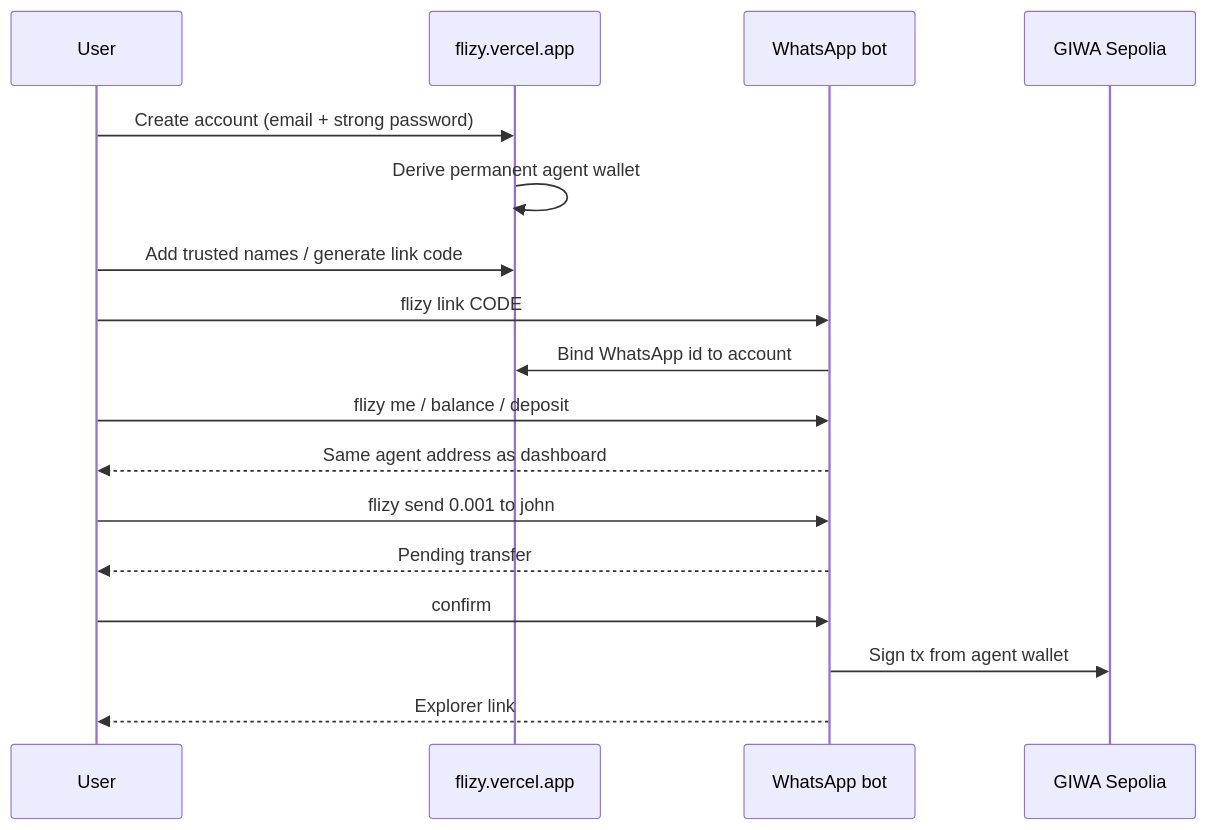
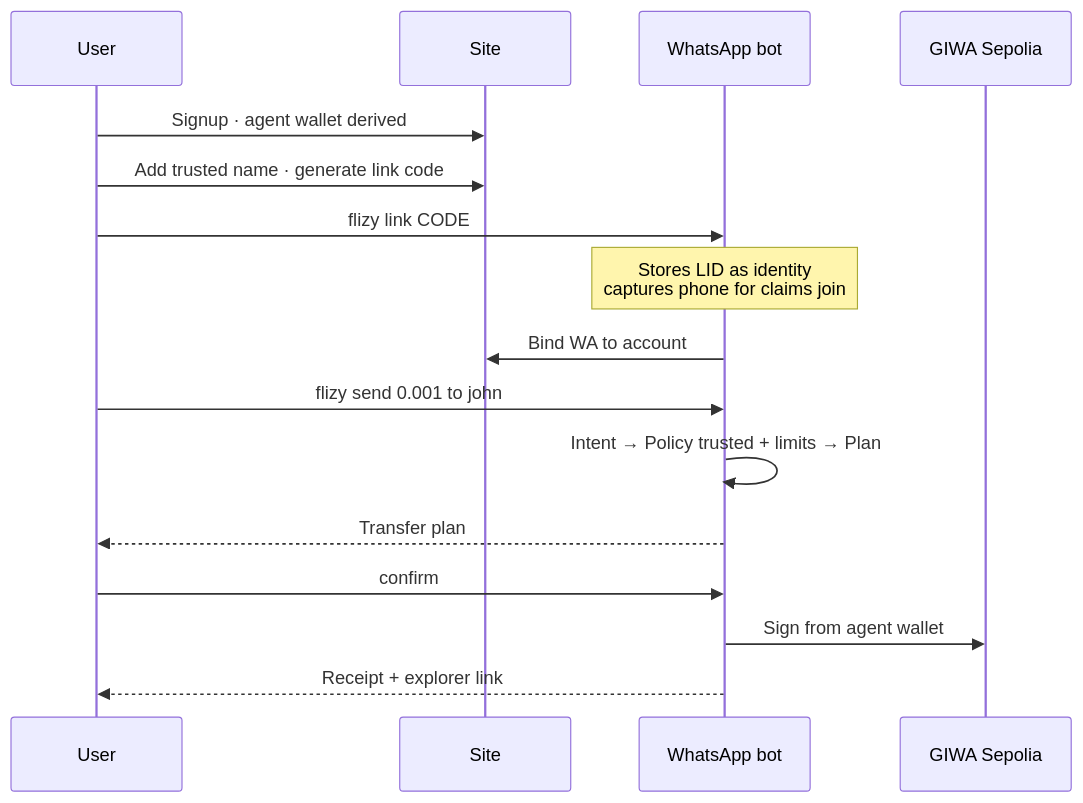
Before and after one commit to rudazy/flizy: the second of 5 diagrams in README.md, drawn with Mermaid. The commit also changed other lines of this file, not shown here.

````diff
--- a/README.md
+++ b/README.md
@@ -68,20 +147,19 @@
 ```mermaid
 sequenceDiagram
   participant U as User
-  participant Site as flizy.vercel.app
+  participant Site as Site
   participant Bot as WhatsApp bot
   participant Chain as GIWA Sepolia
 
-  U->>Site: Create account (email + strong password)
-  Site->>Site: Derive permanent agent wallet
-  U->>Site: Add trusted names / generate link code
+  U->>Site: Signup · agent wallet derived
+  U->>Site: Add trusted name · generate link code
   U->>Bot: flizy link CODE
-  Bot->>Site: Bind WhatsApp id to account
-  U->>Bot: flizy me / balance / deposit
-  Bot-->>U: Same agent address as dashboard
+  Note over Bot: Stores LID as identity<br/>captures phone for claims join
+  Bot->>Site: Bind WA to account
   U->>Bot: flizy send 0.001 to john
-  Bot-->>U: Pending transfer
+  Bot->>Bot: Intent → Policy trusted + limits → Plan
+  Bot-->>U: Transfer plan
   U->>Bot: confirm
-  Bot->>Chain: Sign tx from agent wallet
-  Bot-->>U: Explorer link
+  Bot->>Chain: Sign from agent wallet
+  Bot-->>U: Receipt + explorer link
 ```
````
